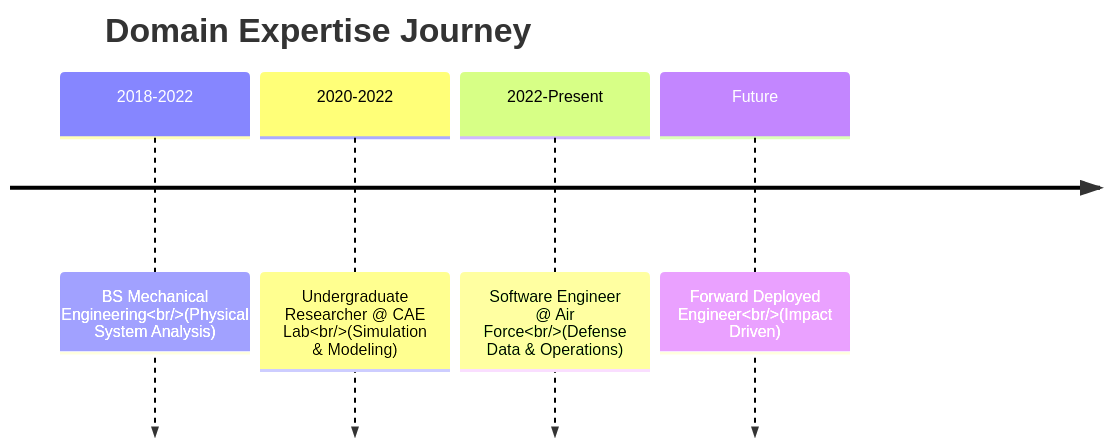
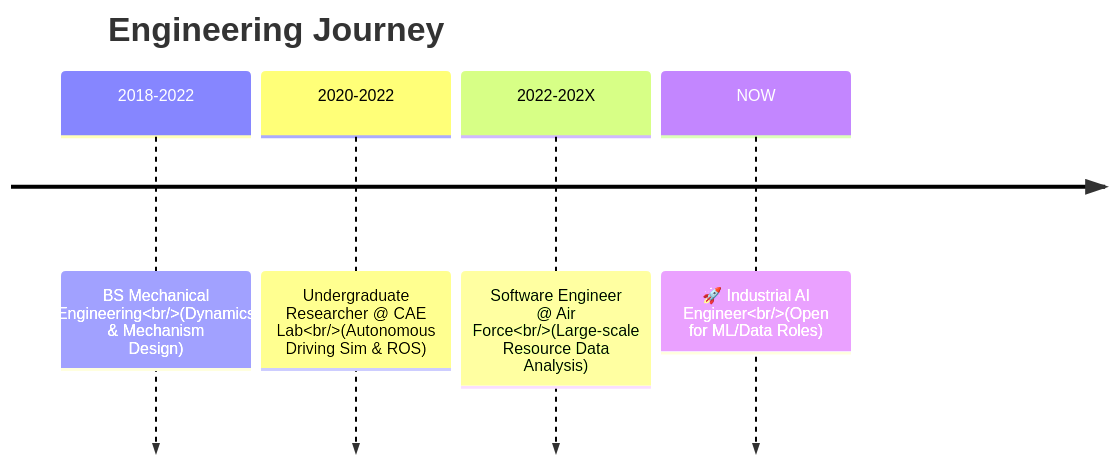
Before and after one commit to LUKE-hyungjin/LUKE-hyungjin: the diagram in README.md, drawn with Mermaid. The commit also changed other lines of this file, not shown here.

````diff
--- a/README.md
+++ b/README.md
@@ -45,9 +51,9 @@
 ```mermaid
 timeline
-    title Domain Expertise Journey
-    2018-2022 : BS Mechanical Engineering<br/>(Physical System Analysis)
-    2020-2022 : Undergraduate Researcher @ CAE Lab<br/>(Simulation & Modeling)
-    2022-Present : Software Engineer @ Air Force<br/>(Defense Data & Operations)
-    Future : Forward Deployed Engineer<br/>(Impact Driven)
+    title Engineering Journey
+    2018-2022 : BS Mechanical Engineering<br/>(Dynamics & Mechanism Design)
+    2020-2022 : Undergraduate Researcher @ CAE Lab<br/>(Autonomous Driving Sim & ROS)
+    2022-202X : Software Engineer @ Air Force<br/>(Large-scale Resource Data Analysis)
+    NOW : 🚀 Industrial AI Engineer<br/>(Open for ML/Data Roles)
 
 ```
````
